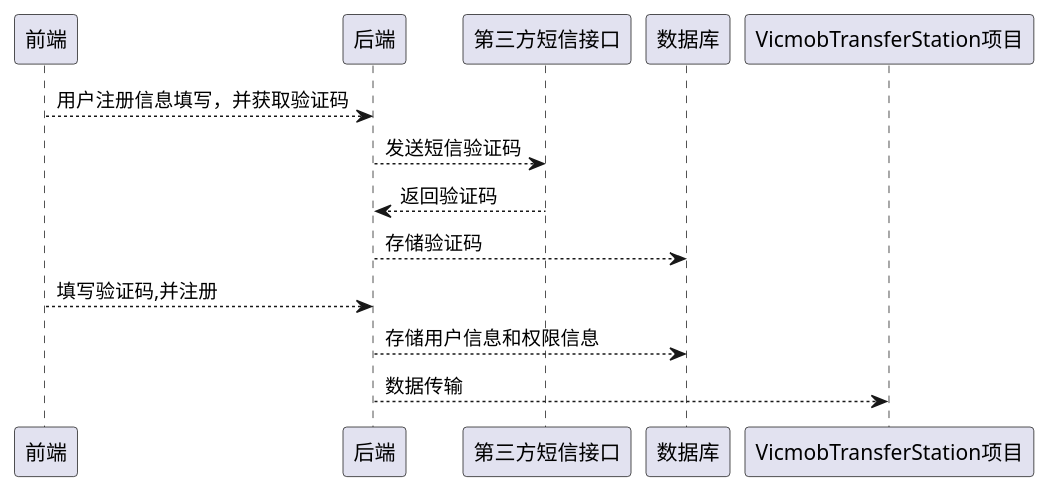
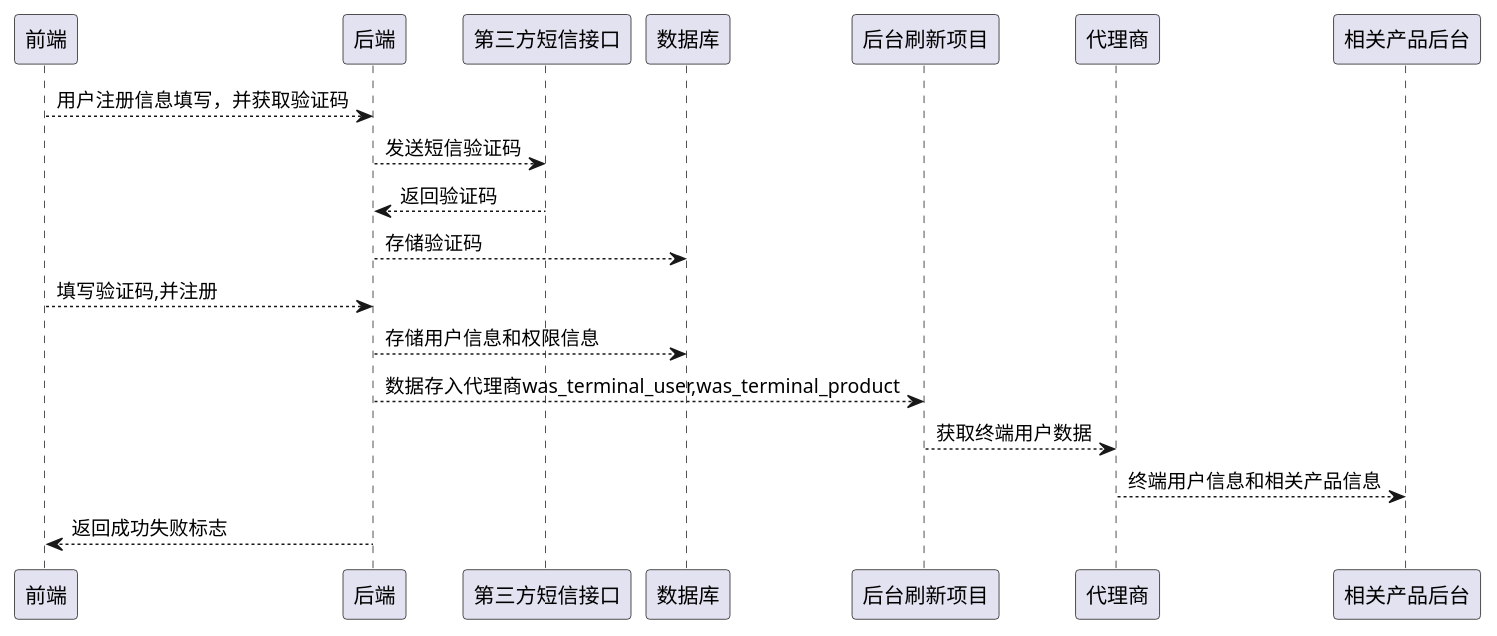
Before and after one commit to xuyixin1/pictureServer: the diagram in plantuml/统一后台注册交互.puml, drawn with PlantUML. The commit also changed 2 other files, not shown here.

Commit message:
更新图片

```diff
--- a/plantuml/统一后台注册交互.puml
+++ b/plantuml/统一后台注册交互.puml
@@ -1,9 +1,12 @@
 @startuml
 前端 --> 后端: 用户注册信息填写，并获取验证码
 后端 --> 第三方短信接口: 发送短信验证码
 后端 <-- 第三方短信接口: 返回验证码
 后端 --> 数据库: 存储验证码
 前端 --> 后端:填写验证码,并注册
 后端 --> 数据库:存储用户信息和权限信息
-后端 --> VicmobTransferStation项目: 数据传输
+后端 --> 后台刷新项目: 数据存入代理商was_terminal_user,was_terminal_product
+后台刷新项目 -->代理商:获取终端用户数据
+代理商 --> 相关产品后台: 终端用户信息和相关产品信息
+后端 --> 前端:返回成功失败标志
 @enduml
```
